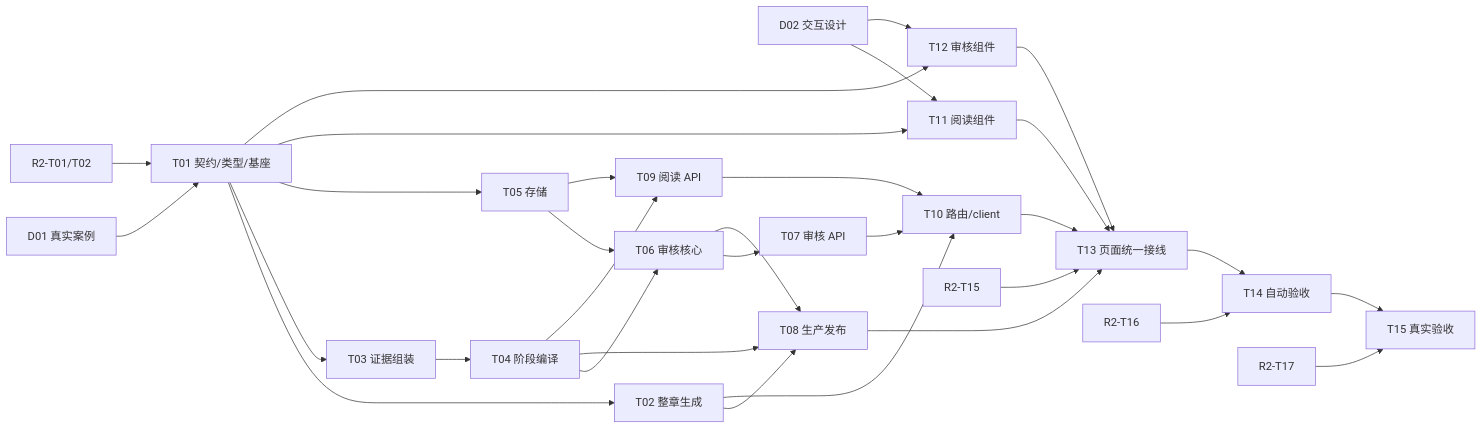
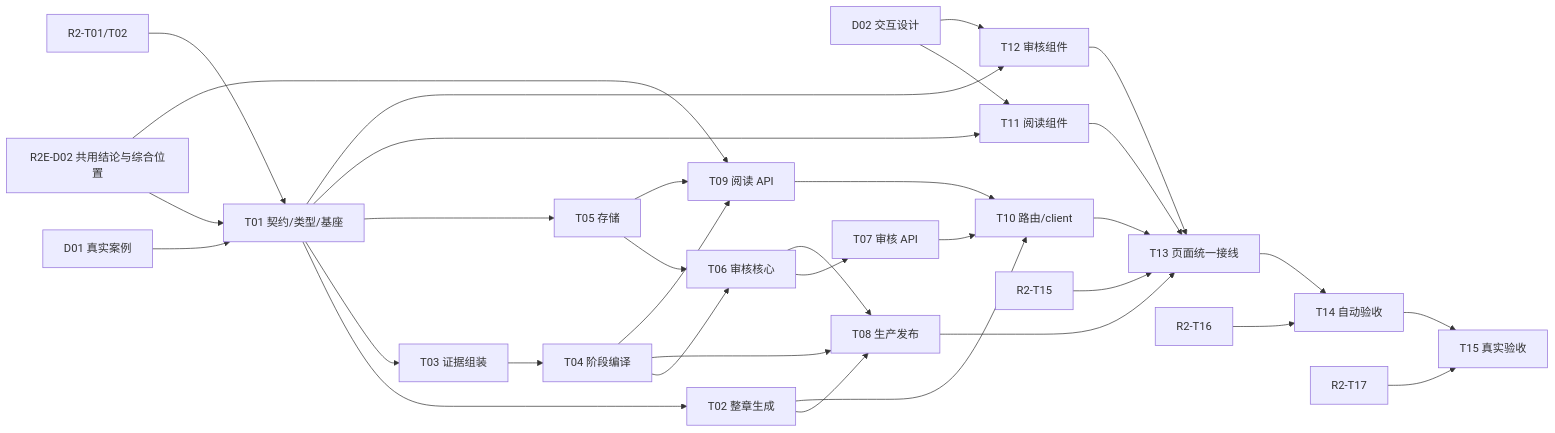
The diagram in docs/tasks/chronicle/third-round/README.md (6spot/Loom), drawn with Mermaid before and after one commit. The commit also changed other lines of this file and 94 other files, not shown here.

````diff
--- a/docs/tasks/chronicle/third-round/README.md
+++ b/docs/tasks/chronicle/third-round/README.md
@@ -47,33 +51,35 @@
 ```mermaid
 flowchart LR
   D01["D01 真实案例"] --> T01["T01 契约/类型/基座"]
   R201["R2-T01/T02"] --> T01
+  R2ED02["R2E-D02 共用结论与综合位置"] --> T01
+  R2ED02 --> T09
   D02["D02 交互设计"] --> T11["T11 阅读组件"]
   D02 --> T12["T12 审核组件"]
   T01 --> T02["T02 整章生成"]
   T01 --> T03["T03 证据组装"]
   T01 --> T05["T05 存储"]
   T01 --> T11
   T01 --> T12
   T03 --> T04["T04 阶段编译"]
   T04 --> T06["T06 审核核心"]
   T05 --> T06
   T06 --> T07["T07 审核 API"]
   T02 --> T08["T08 生产发布"]
   T04 --> T08
   T06 --> T08
   T04 --> T09["T09 阅读 API"]
   T05 --> T09
   T07 --> T10["T10 路由/client"]
   T09 --> T10
   T02 --> T10
   T08 --> T13["T13 页面统一接线"]
   T10 --> T13
   T11 --> T13
   T12 --> T13
   R215["R2-T15"] --> T13
   T13 --> T14["T14 自动验收"]
   R216["R2-T16"] --> T14
   T14 --> T15["T15 真实验收"]
   R217["R2-T17"] --> T15
 ```
````
